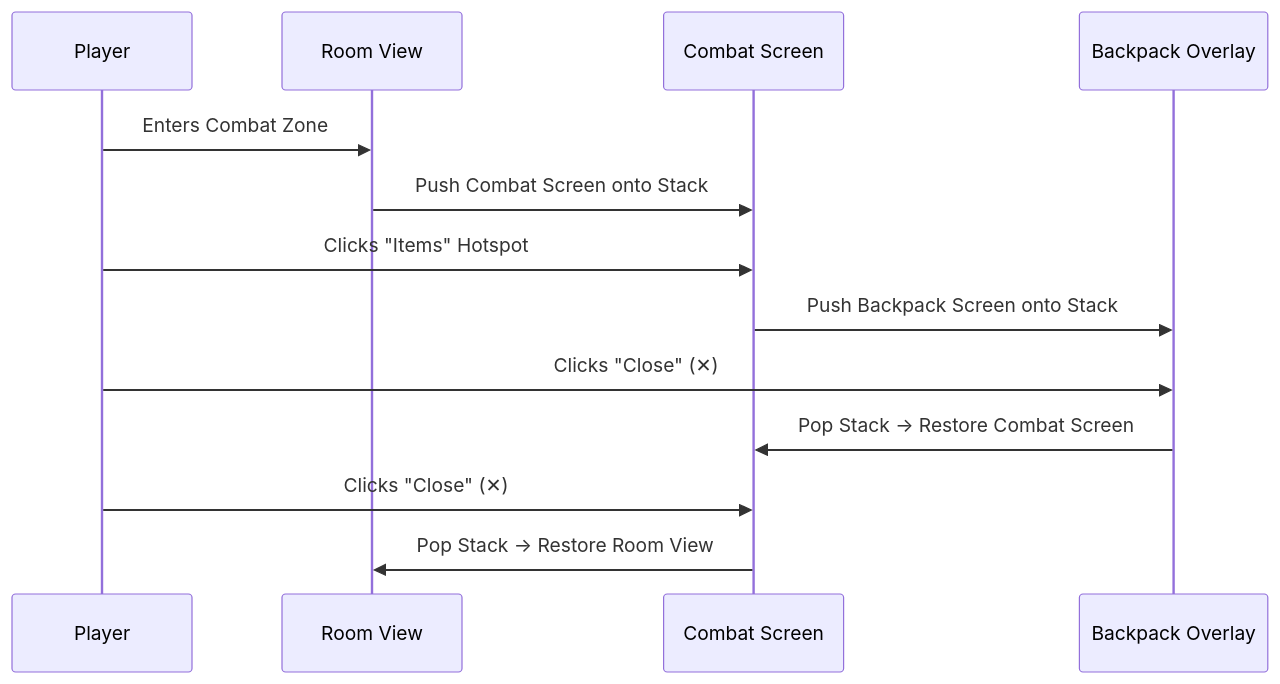
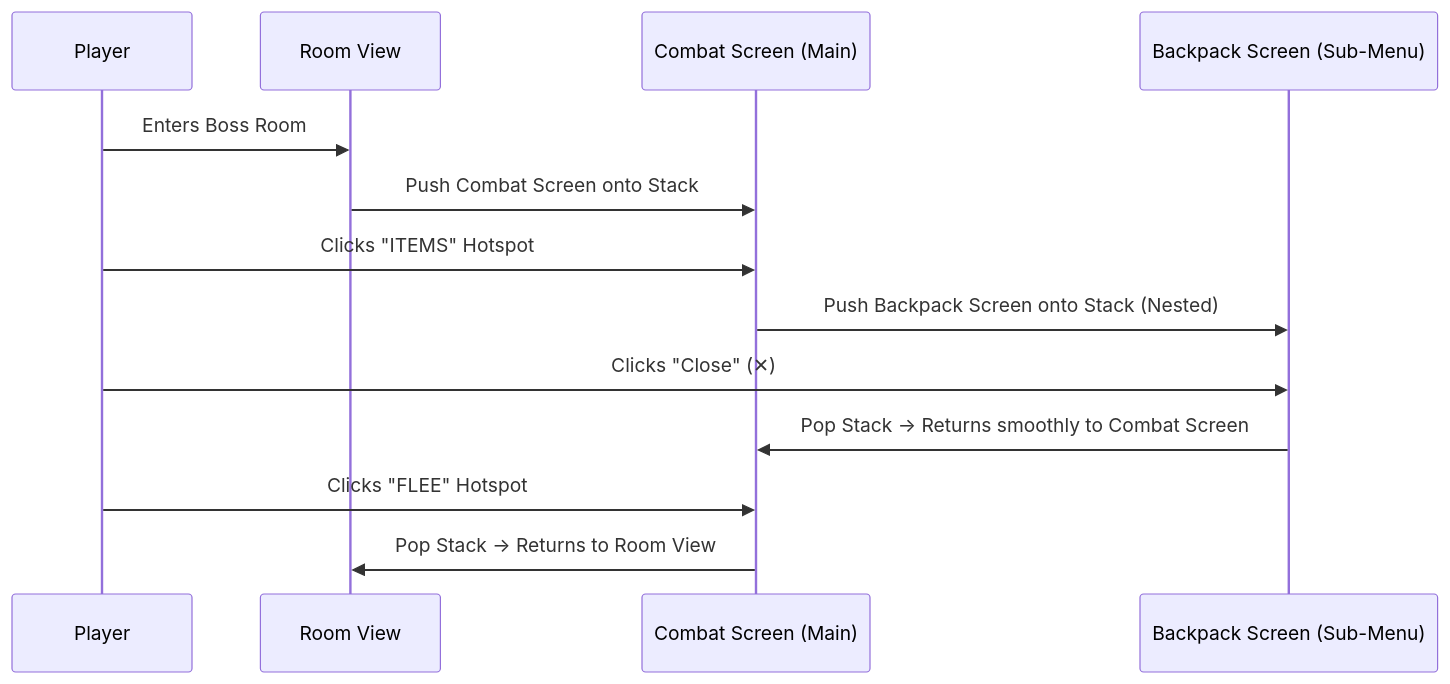
The diagram in docs/Chapter_06_Interactive_Screens_Hotspots.md (slanesteve/RagNext-Game-Designer), drawn with Mermaid before and after one commit. The commit also changed other lines of this file and 9 other files, not shown here.

````diff
--- a/docs/Chapter_06_Interactive_Screens_Hotspots.md
+++ b/docs/Chapter_06_Interactive_Screens_Hotspots.md
@@ -66,16 +111,16 @@
 ```mermaid
 sequenceDiagram
     participant P as Player
     participant R as Room View
-    participant S1 as Combat Screen
-    participant S2 as Backpack Overlay
+    participant S1 as Combat Screen (Main)
+    participant S2 as Backpack Screen (Sub-Menu)
 
-    P->>R: Enters Combat Zone
+    P->>R: Enters Boss Room
     R->>S1: Push Combat Screen onto Stack
-    P->>S1: Clicks "Items" Hotspot
-    S1->>S2: Push Backpack Screen onto Stack
+    P->>S1: Clicks "ITEMS" Hotspot
+    S1->>S2: Push Backpack Screen onto Stack (Nested)
     P->>S2: Clicks "Close" (✕)
-    S2->>S1: Pop Stack -> Restore Combat Screen
-    P->>S1: Clicks "Close" (✕)
-    S1->>R: Pop Stack -> Restore Room View
+    S2->>S1: Pop Stack -> Returns smoothly to Combat Screen
+    P->>S1: Clicks "FLEE" Hotspot
+    S1->>R: Pop Stack -> Returns to Room View
 ```
````
